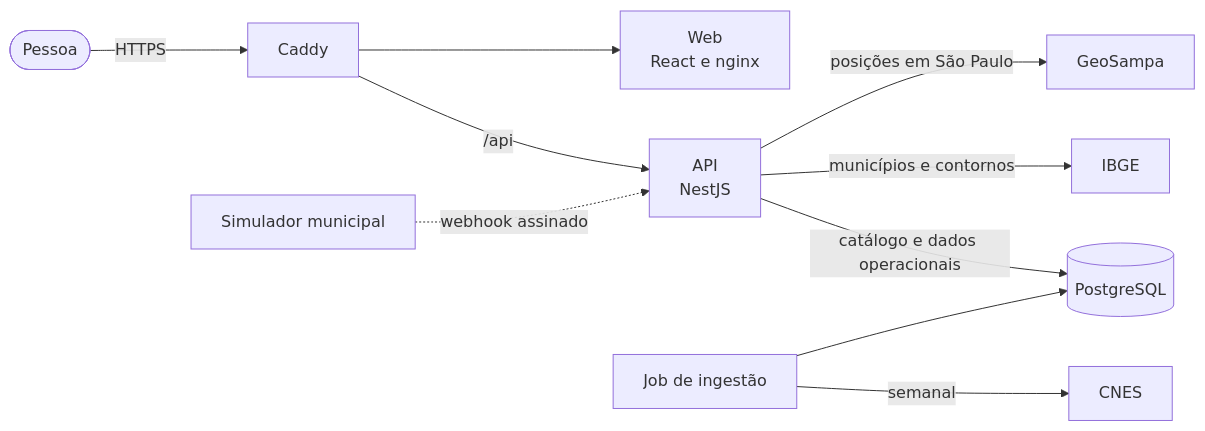
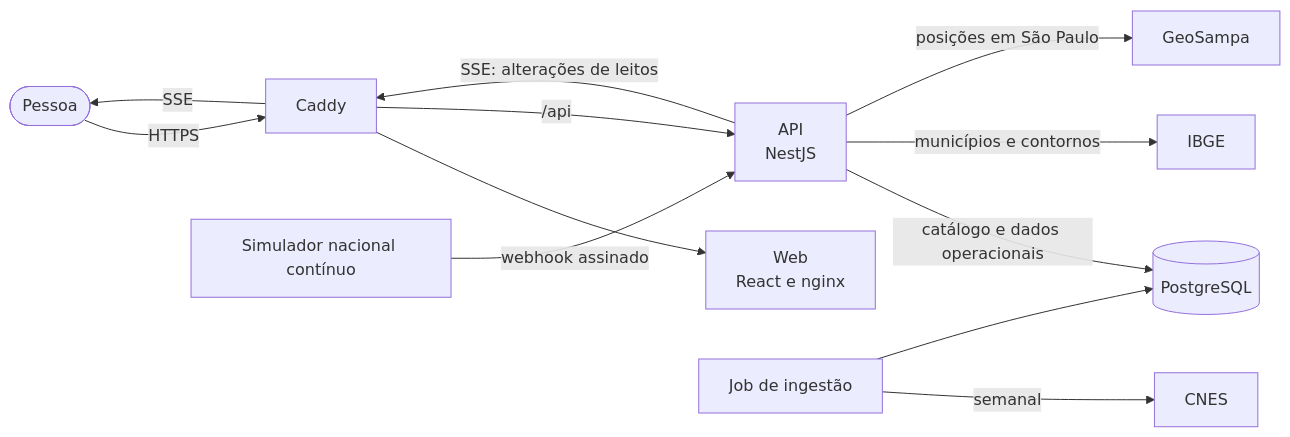
One commit to PJIEixoComputacaoUnivesp/FilaSaude changed the first of 3 diagrams in README.md. Above: the diagram before and after it, drawn with Mermaid. The commit also changed other lines of this file and 1 other file, not shown here.

Commit message:
docs: registra decisão por SSE e atualiza arquitetura

````diff
--- a/README.md
+++ b/README.md
@@ -54,14 +54,16 @@
 ```mermaid
 flowchart LR
   pessoa(["Pessoa"]) -->|"HTTPS"| caddy["Caddy"]
   caddy --> web["Web<br/>React e nginx"]
   caddy -->|"/api"| api["API<br/>NestJS"]
+  api -->|"SSE: alterações de leitos"| caddy
+  caddy -->|"SSE"| pessoa
 
   api -->|"catálogo e dados operacionais"| db[("PostgreSQL")]
   api -->|"municípios e contornos"| ibge["IBGE"]
   api -->|"posições em São Paulo"| geo["GeoSampa"]
 
-  sim["Simulador municipal"] -.->|"webhook assinado"| api
+  sim["Simulador nacional contínuo"] -->|"webhook assinado"| api
   job["Job de ingestão"] -->|"semanal"| cnes["CNES"]
   job --> db
 ```
````
